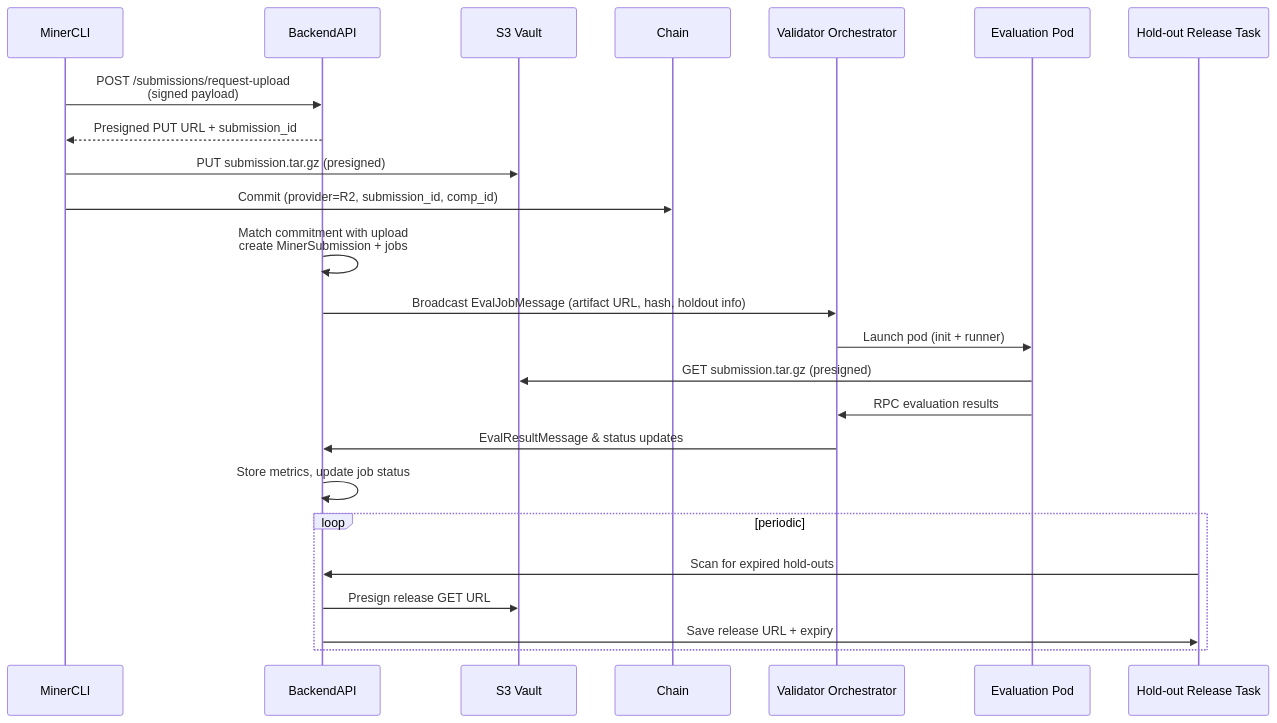
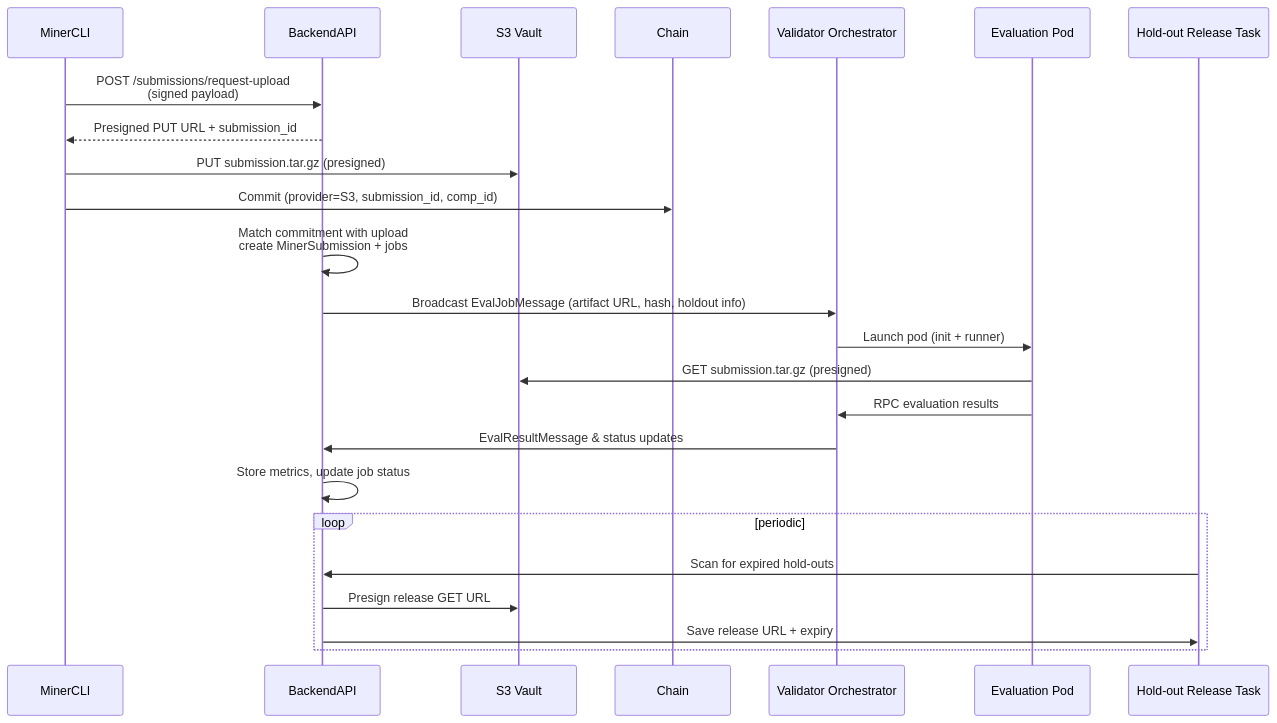
One commit to RHTechConsulting/kinitro changed the second of 2 diagrams in docs/architecture/introduction.md. Above: the diagram before and after it, drawn with Mermaid. The commit also changed other lines of this file and 12 other files, not shown here.

````diff
--- a/docs/architecture/introduction.md
+++ b/docs/architecture/introduction.md
@@ -74,31 +74,31 @@
 ```mermaid
 sequenceDiagram
     participant MinerCLI
     participant BackendAPI
     participant SubmissionStorage as S3 Vault
     participant Chain
     participant ValidatorOrchestrator as Validator Orchestrator
     participant K8sPod as Evaluation Pod
     participant ReleaseTask as Hold-out Release Task
 
     MinerCLI->>BackendAPI: POST /submissions/request-upload<br/>(signed payload)
     BackendAPI-->>MinerCLI: Presigned PUT URL + submission_id
     MinerCLI->>SubmissionStorage: PUT submission.tar.gz (presigned)
-    MinerCLI->>Chain: Commit (provider=R2, submission_id, comp_id)
+    MinerCLI->>Chain: Commit (provider=S3, submission_id, comp_id)
 
     BackendAPI->>BackendAPI: Match commitment with upload<br/>create MinerSubmission + jobs
     BackendAPI->>ValidatorOrchestrator: Broadcast EvalJobMessage (artifact URL, hash, holdout info)
 
     ValidatorOrchestrator->>K8sPod: Launch pod (init + runner)
     K8sPod->>SubmissionStorage: GET submission.tar.gz (presigned)
     K8sPod->>ValidatorOrchestrator: RPC evaluation results
     ValidatorOrchestrator->>BackendAPI: EvalResultMessage & status updates
     BackendAPI->>BackendAPI: Store metrics, update job status
 
     loop periodic
         ReleaseTask->>BackendAPI: Scan for expired hold-outs
         BackendAPI->>SubmissionStorage: Presign release GET URL
         BackendAPI->>ReleaseTask: Save release URL + expiry
     end
 
 ```
````
